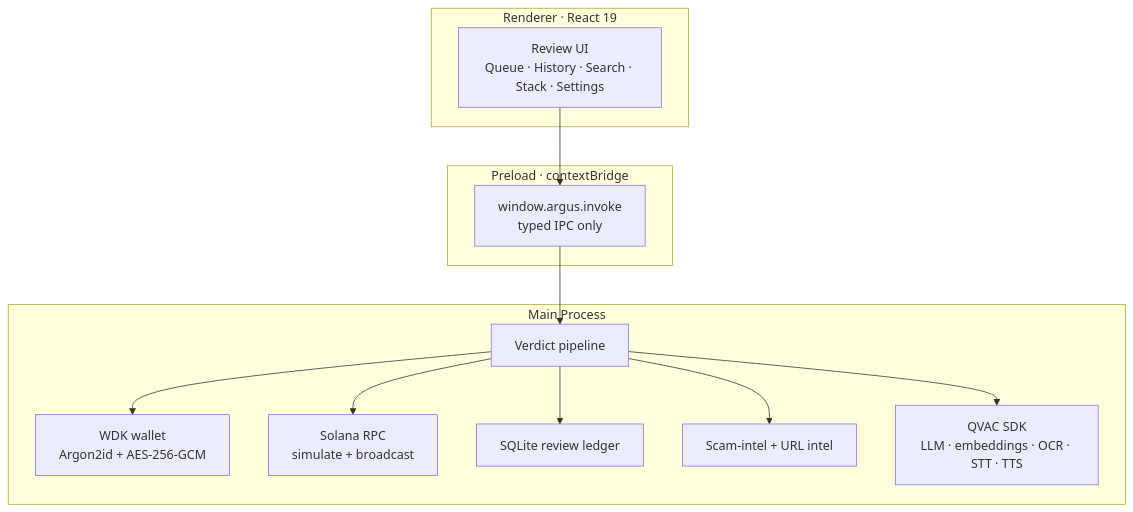
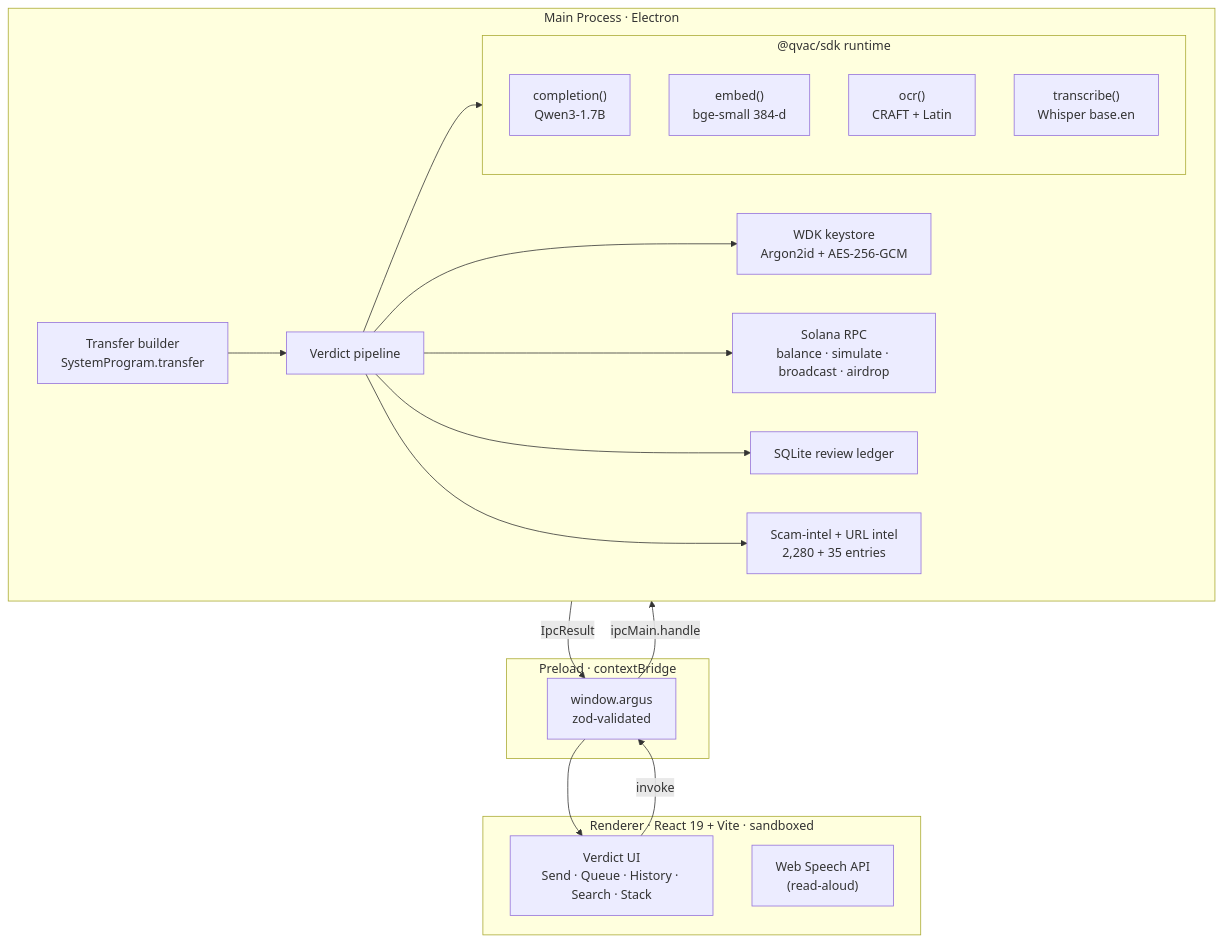
One commit to Enoch208/Argus changed the first of 3 diagrams in README.md. Above: the diagram before and after it, drawn with Mermaid. The commit also changed other lines of this file, not shown here.

First line of the commit message:
docs(readme): enhance product description and clarify transaction review process

````diff
--- a/README.md
+++ b/README.md
@@ -60,26 +91,37 @@
 ```mermaid
 flowchart TB
-    subgraph Renderer["Renderer · React 19"]
-        UI["Review UI<br/>Queue · History · Search · Stack · Settings"]
+    subgraph Renderer["Renderer · React 19 + Vite · sandboxed"]
+        UI["Verdict UI<br/>Send · Queue · History · Search · Stack"]
+        TTS["Web Speech API<br/>(read-aloud)"]
     end
 
     subgraph Preload["Preload · contextBridge"]
-        Bridge["window.argus.invoke<br/>typed IPC only"]
+        Bridge["window.argus<br/>zod-validated"]
     end
 
-    subgraph Main["Main Process"]
-        Wallet["WDK wallet<br/>Argon2id + AES-256-GCM"]
-        RPC["Solana RPC<br/>simulate + broadcast"]
+    subgraph Main["Main Process · Electron"]
+        Wallet["WDK keystore<br/>Argon2id + AES-256-GCM"]
+        RPC["Solana RPC<br/>balance · simulate · broadcast · airdrop"]
         Ledger["SQLite review ledger"]
-        Intel["Scam-intel + URL intel"]
-        QVAC["QVAC SDK<br/>LLM · embeddings · OCR · STT · TTS"]
+        Intel["Scam-intel + URL intel<br/>2,280 + 35 entries"]
         Pipeline["Verdict pipeline"]
+        Transfer["Transfer builder<br/>SystemProgram.transfer"]
+
+        subgraph QVAC["@qvac/sdk runtime"]
+            LLM["completion()<br/>Qwen3-1.7B"]
+            Embed["embed()<br/>bge-small 384-d"]
+            QOcr["ocr()<br/>CRAFT + Latin"]
+            STT["transcribe()<br/>Whisper base.en"]
+        end
+
+        Pipeline --> Wallet
+        Pipeline --> RPC
+        Pipeline --> Ledger
+        Pipeline --> Intel
+        Pipeline --> QVAC
+        Transfer --> Pipeline
     end
 
-    UI --> Bridge --> Pipeline
-    Pipeline --> Wallet
-    Pipeline --> RPC
-    Pipeline --> Ledger
-    Pipeline --> Intel
-    Pipeline --> QVAC
+    UI -->|invoke| Bridge -->|ipcMain.handle| Main
+    Main -->|IpcResult| Bridge --> UI
 ```
````
